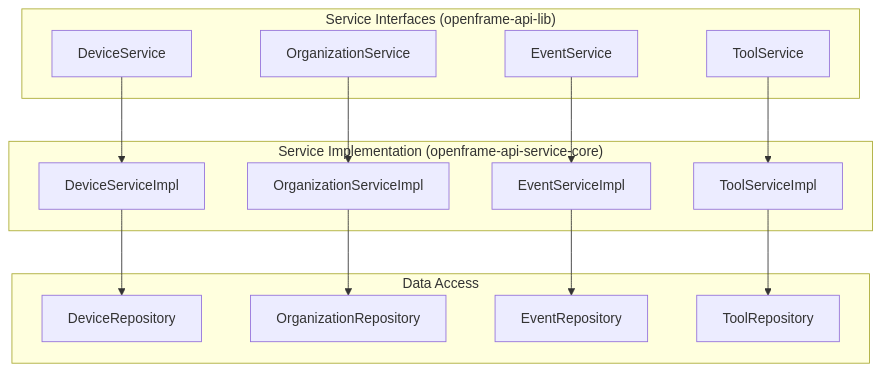
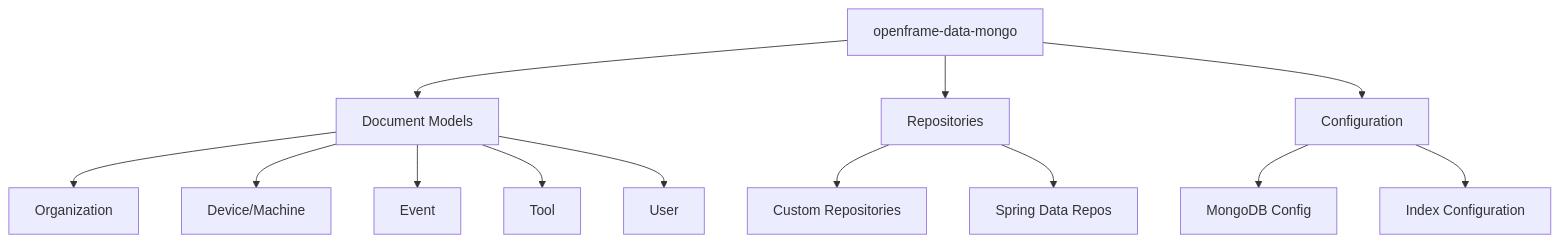
Before and after one commit to flamingo-stack/openframe-oss-lib: the fifth of 18 diagrams in docs/development/architecture/overview.md, drawn with Mermaid. The commit also changed other lines of this file and 12 other files, not shown here.

````diff
--- a/docs/development/architecture/overview.md
+++ b/docs/development/architecture/overview.md
@@ -172,33 +185,18 @@
 ```mermaid
-graph TB
-    subgraph "Service Interfaces (openframe-api-lib)"
-        IDS[DeviceService]
-        IOS[OrganizationService] 
-        IES[EventService]
-        ITS[ToolService]
-    end
+graph TD
+    DATA[openframe-data-mongo] --> DOCS[Document Models]
+    DATA --> REPOS[Repositories]
+    DATA --> CONFIG[Configuration]
     
-    subgraph "Service Implementation (openframe-api-service-core)"
-        DS[DeviceServiceImpl]
-        OS[OrganizationServiceImpl]
-        ES[EventServiceImpl] 
-        TS[ToolServiceImpl]
-    end
+    DOCS --> ORG[Organization]
+    DOCS --> DEV[Device/Machine]
+    DOCS --> EVENT[Event]
+    DOCS --> TOOL[Tool]
+    DOCS --> USER[User]
     
-    subgraph "Data Access"
-        DR[DeviceRepository]
-        OR[OrganizationRepository]
-        ER[EventRepository]
-        TR[ToolRepository]
-    end
+    REPOS --> CUSTOM[Custom Repositories]
+    REPOS --> SPRING[Spring Data Repos]
     
-    IDS --> DS
-    IOS --> OS
-    IES --> ES
-    ITS --> TS
-    
-    DS --> DR
-    OS --> OR
-    ES --> ER
-    TS --> TR
+    CONFIG --> MONGO[MongoDB Config]
+    CONFIG --> INDEX[Index Configuration]
 ```
````
